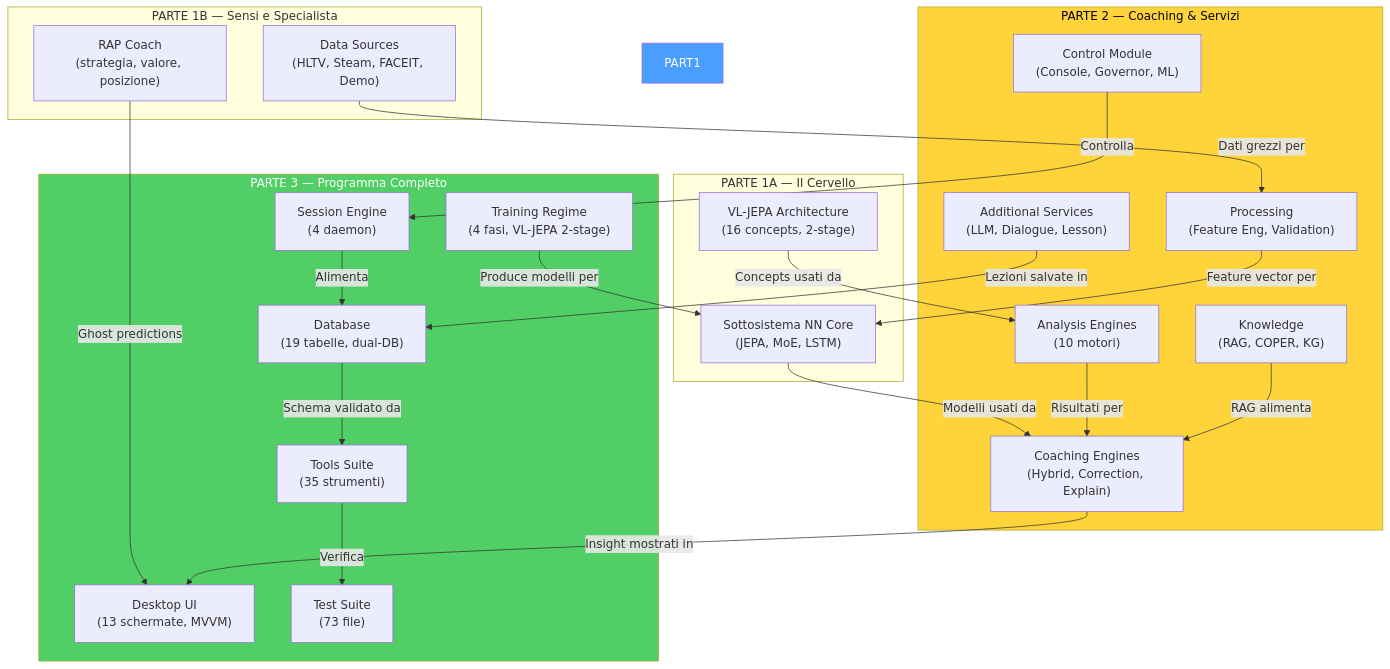
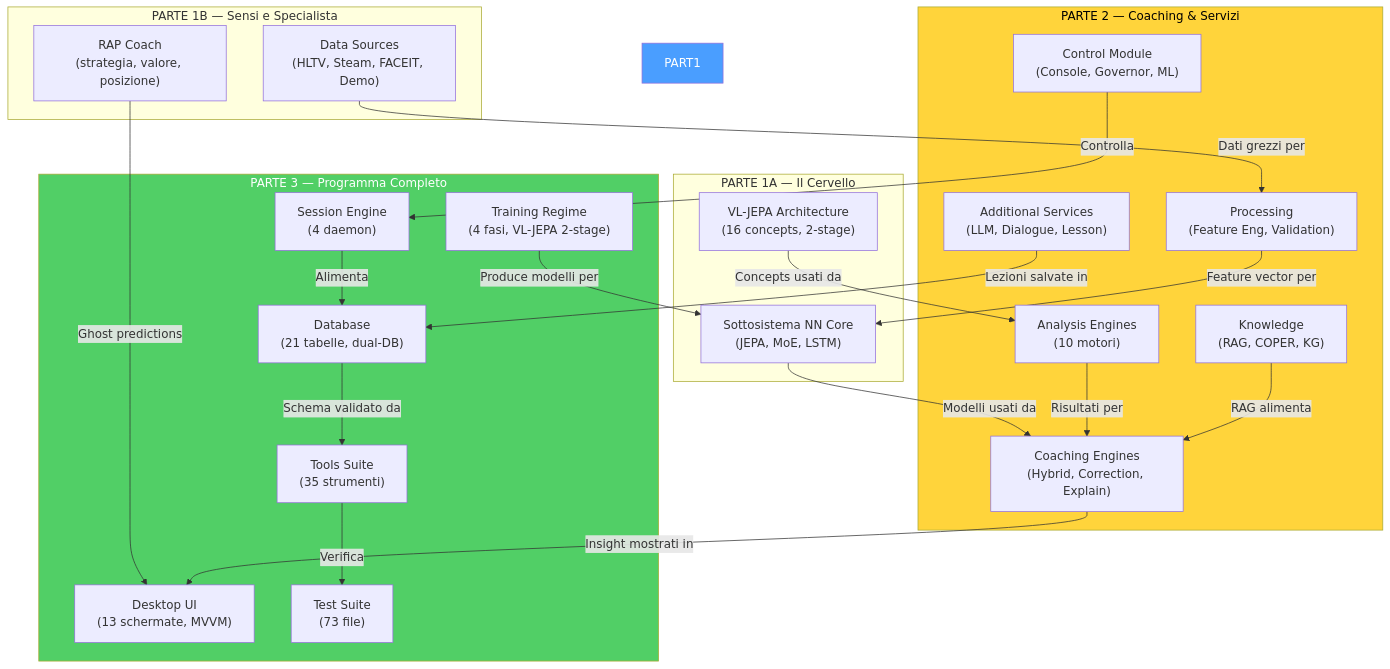
Before and after one commit to renanaugustomacena-ux/Counter-Strike-coach-AI: diagram 55 of 55 in docs/Book-Coach-3.md, drawn with Mermaid. The commit also changed other lines of this file and 1 other file, not shown here.

````diff
--- a/docs/Book-Coach-3.md
+++ b/docs/Book-Coach-3.md
@@ -2960,46 +3052,46 @@
 ```mermaid
 flowchart TB
     subgraph PART1A["PARTE 1A — Il Cervello"]
         P1_NN["Sottosistema NN Core<br/>(JEPA, MoE, LSTM)"]
         P1_VL["VL-JEPA Architecture<br/>(16 concepts, 2-stage)"]
     end
     subgraph PART1B["PARTE 1B — Sensi e Specialista"]
         P1_RAP["RAP Coach<br/>(strategia, valore, posizione)"]
         P1_DS["Data Sources<br/>(HLTV, Steam, FACEIT, Demo)"]
     end
     subgraph PART2["PARTE 2 — Coaching & Servizi"]
         P2_CE["Coaching Engines<br/>(Hybrid, Correction, Explain)"]
         P2_SV["Additional Services<br/>(LLM, Dialogue, Lesson)"]
         P2_AN["Analysis Engines<br/>(10 motori)"]
         P2_KN["Knowledge<br/>(RAG, COPER, KG)"]
         P2_PR["Processing<br/>(Feature Eng, Validation)"]
         P2_CT["Control Module<br/>(Console, Governor, ML)"]
     end
     subgraph PART3["PARTE 3 — Programma Completo"]
-        P3_DB["Database<br/>(19 tabelle, dual-DB)"]
+        P3_DB["Database<br/>(21 tabelle, dual-DB)"]
         P3_TR["Training Regime<br/>(4 fasi, VL-JEPA 2-stage)"]
         P3_UI["Desktop UI<br/>(13 schermate, MVVM)"]
         P3_SE["Session Engine<br/>(4 daemon)"]
         P3_TL["Tools Suite<br/>(35 strumenti)"]
         P3_TS["Test Suite<br/>(73 file)"]
     end
 
     P1_NN -->|"Modelli usati da"| P2_CE
     P1_VL -->|"Concepts usati da"| P2_AN
     P1_RAP -->|"Ghost predictions"| P3_UI
     P1_DS -->|"Dati grezzi per"| P2_PR
     P2_CE -->|"Insight mostrati in"| P3_UI
     P2_SV -->|"Lezioni salvate in"| P3_DB
     P2_AN -->|"Risultati per"| P2_CE
     P2_KN -->|"RAG alimenta"| P2_CE
     P2_PR -->|"Feature vector per"| P1_NN
     P2_CT -->|"Controlla"| P3_SE
     P3_DB -->|"Schema validato da"| P3_TL
     P3_TR -->|"Produce modelli per"| P1_NN
     P3_SE -->|"Alimenta"| P3_DB
     P3_TL -->|"Verifica"| P3_TS
 
     style PART1 fill:#4a9eff,color:#fff
     style PART2 fill:#ffd43b,color:#000
     style PART3 fill:#51cf66,color:#fff
 ```
````
